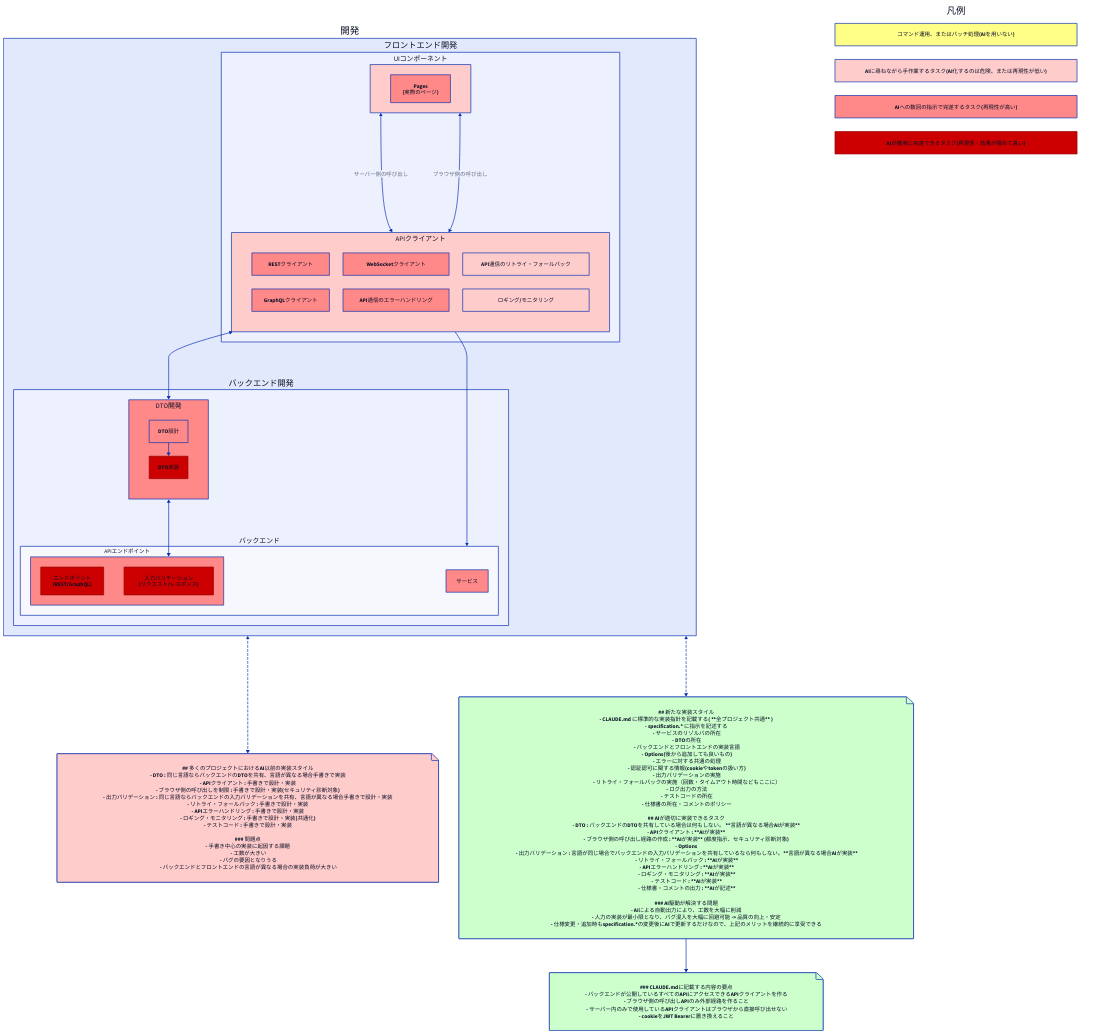
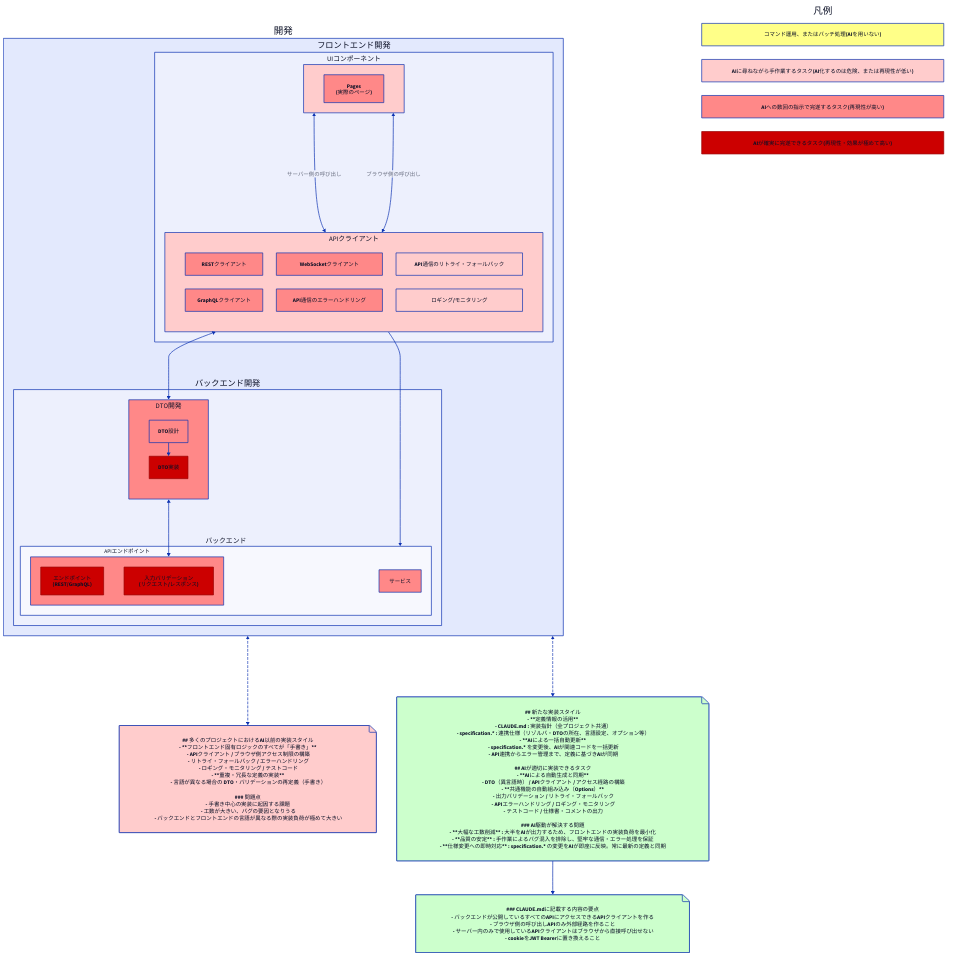
The diagram in docs/problem-02/problem-02.d2 (nenaaki/ai-effective-project), drawn with D2 before and after one commit. The commit also changed 3 other files, not shown here.

```diff
--- a/docs/problem-02/problem-02.d2
+++ b/docs/problem-02/problem-02.d2
@@ -1,191 +1,177 @@
 classes: {
   command: {
     style: {
       fill: "#ffff88"
     }
   }
   ai-effective-weak: {
     style: {
       fill: "#ffcccc"
     }
   }
   ai-effective: {
     style: {
       fill: "#ff8888"
     }
   }
   ai-effective-strong: {
     style: {
       fill: "#cc0000"
       stroke: "#990000"
       stroke-width: 2
     }
   }
 }
 
 development {
   label: "開発"
   frontend-development {
     label: "フロントエンド開発"
 
     ui-components {
       label: "UIコンポーネント"
       class: ai-effective-weak
       pages: "Pages\n(実際のページ)" { class: ai-effective }
 
     }
     api-client {
       label: "APIクライアント"
       grid-columns: 3
       class: ai-effective-weak
       "RESTクライアント" { class: ai-effective }
       "GraphQLクライアント" { class: ai-effective }
       "WebSocketクライアント" { class: ai-effective }
       "API通信のエラーハンドリング" { class: ai-effective }
       "API通信のリトライ・フォールバック" { class: ai-effective-weak }
       "ロギング/モニタリング" { class: ai-effective-weak }
     }
 
     ui-components <-> api-client: "サーバー側の呼び出し" 
     ui-components <-> api-client: "ブラウザ側の呼び出し" 
   }
 
   # バックエンド開発
   backend-development {
     label: "バックエンド開発"
 
     dto-development {
       label: "DTO開発"
       class: ai-effective
       grid-columns: 1
       dto-design: "DTO設計" { class: ai-effective }
       dto-implementation: "DTO実装" { class: ai-effective-strong }
 
       dto-design -> dto-implementation
     }
 
     backend {
       label: "バックエンド"
       
       api {
         label: "APIエンドポイント"
         class: ai-effective
         endpoints: "エンドポイント\n(REST/GraphQL)" { class: ai-effective-strong }
         validation: "入力バリデーション\n(リクエスト/レスポンス)" { class: ai-effective-strong }
       }
       service-definition {
         label: "サービス"
         class: ai-effective
       }
     }
   }
 
   # developmentの依存関係
   frontend-development.api-client <-> backend-development.dto-development
   backend-development.dto-development <-> backend-development.backend.api
 
   frontend-development.api-client -> backend-development.backend
 }
 
 "凡例": {
   label: "凡例"
   style: {
     fill: "#ffffff"
     stroke: "#000000"
     stroke-width: 0
   }
   grid-rows: 4
     command: "コマンド運用、またはバッチ処理(AIを用いない)" { class: command }
     ai-effective-weak: "AIに尋ねながら手作業するタスク(AI化するのは危険、または再現性が低い)" { class: ai-effective-weak }
     ai-effective: "AIへの数回の指示で完遂するタスク(再現性が高い)" { class: ai-effective }
     ai-effective-strong: "AIが確実に完遂できるタスク(再現性・効果が極めて高い)" { class: ai-effective-strong }
 }
 
 asis: |md
 ## 多くのプロジェクトにおけるAI以前の実装スタイル
-- DTO : 同じ言語ならバックエンドのDTOを共有、言語が異なる場合手書きで実装
-- APIクライアント : 手書きで設計・実装
-- ブラウザ側の呼び出しを制限 : 手書きで設計・実装(セキュリティ診断対象)
-- 出力バリデーション : 同じ言語ならバックエンドの入力バリデーションを共有、言語が異なる場合手書きで設計・実装
-- リトライ・フォールバック : 手書きで設計・実装
-- APIエラーハンドリング : 手書きで設計・実装
-- ロギング・モニタリング : 手書きで設計・実装(共通化)
-- テストコード : 手書きで設計・実装
+- **フロントエンド固有ロジックのすべてが「手書き」**
+  - APIクライアント / ブラウザ側アクセス制限の構築
+  - リトライ・フォールバック / エラーハンドリング
+  - ロギング・モニタリング / テストコード
+- **重複・冗長な定義の実装**
+  - 言語が異なる場合の DTO・バリデーションの再定義（手書き）
 
 ### 問題点
 - 手書き中心の実装に起因する課題
-  - 工数が大きい
-  - バグの要因となりうる
-  - バックエンドとフロントエンドの言語が異なる場合の実装負荷が大きい
+  - 工数が大きい、バグの要因となりうる
+  - バックエンドとフロントエンドの言語が異なる際の実装負荷が極めて大きい
 |
 
 asis.shape: page
 asis.style: {
   fill: "#ffcccc"
 }
 
 tobe: |md
 ## 新たな実装スタイル
-- CLAUDE.md に標準的な実装指針を記載する( **全プロジェクト共通** )
-- specification.* に指示を記述する
-  - サービスのリゾルバの所在
-  - DTOの所在
-  - バックエンドとフロントエンドの実装言語
-  - Options(後から追加しても良いもの)
-    - エラーに対する共通の処理
-    - 認証認可に関する情報(cookieやtokenの扱い方)
-    - 出力バリデーションの実施
-    - リトライ・フォールバックの実施（回数・タイムアウト時間などもここに）
-    - ログ出力の方法
-    - テストコードの所在
-    - 仕様書の所在・コメントのポリシー
+- **定義情報の活用**
+  - CLAUDE.md : 実装指針（全プロジェクト共通）
+  - specification.* : 連携仕様（リゾルバ・DTOの所在、言語設定、オプション等）
+- **AIによる一括自動更新**
+  - specification.* を変更後、AIが関連コードを一括更新
+  - API連携からエラー管理まで、定義に基づきAIが同期
 
 ## AIが適切に実装できるタスク
-- DTO : バックエンドのDTOを共有している場合は何もしない。 **言語が異なる場合AIが実装**
-- APIクライアント : **AIが実装**
-- ブラウザ側の呼び出し経路の作成 : **AIが実装** (都度指示、セキュリティ診断対象)
-- Options
-  - 出力バリデーション : 言語が同じ場合でバックエンドの入力バリデーションを共有しているなら何もしない。**言語が異なる場合AIが実装**
-  - リトライ・フォールバック : **AIが実装**
-  - APIエラーハンドリング : **AIが実装**
-  - ロギング・モニタリング : **AIが実装**
-  - テストコード : **AIが実装**
-  - 仕様書・コメントの出力 : **AIが記述**
+- **AIによる自動生成と同期**
+  - DTO（異言語時） / APIクライアント / アクセス経路の構築
+- **共通機能の自動組み込み（Options）**
+  - 出力バリデーション / リトライ・フォールバック
+  - APIエラーハンドリング / ロギング・モニタリング
+  - テストコード / 仕様書・コメントの出力
 
 ### AI駆動が解決する問題
-- AIによる自動出力により、工数を大幅に削減
-- 人力の実装が最小限となり、バグ混入を大幅に回避可能 -> 品質の向上・安定
-- 仕様変更・追加時もspecification.*の変更後にAIで更新するだけなので、上記のメリットを継続的に享受できる
+- **大幅な工数削減** : 大半をAIが出力するため、フロントエンドの実装負荷を最小化
+- **品質の安定** : 手作業によるバグ混入を排除し、堅牢な通信・エラー処理を保証
+- **仕様変更への即時対応** : specification.* の変更をAIが即座に反映。常に最新の定義と同期
 |
 
 tobe.shape: page
 tobe.style: {
   fill: "#ccffcc"
 }
 
 claude-md: |md
 ### CLAUDE.mdに記載する内容の要点
 - バックエンドが公開しているすべてのAPIにアクセスできるAPIクライアントを作る
 - ブラウザ側の呼び出しAPIのみ外部経路を作ること
   - サーバー内のみで使用しているAPIクライアントはブラウザから直接呼び出せない
 - cookieをJWT Bearerに置き換えること
 |
 
 claude-md.shape: page
 claude-md.style: {
   fill: "#ccffcc"
 }
 
 
 # 点線でつなぐ（吹き出しの引き出し線風）
 development <-> asis: {
   style: {
     stroke-dash: 3
   }
 }
 development <-> tobe: {
   style: {
     stroke-dash: 3
   }
 }
 tobe -> claude-md
```
